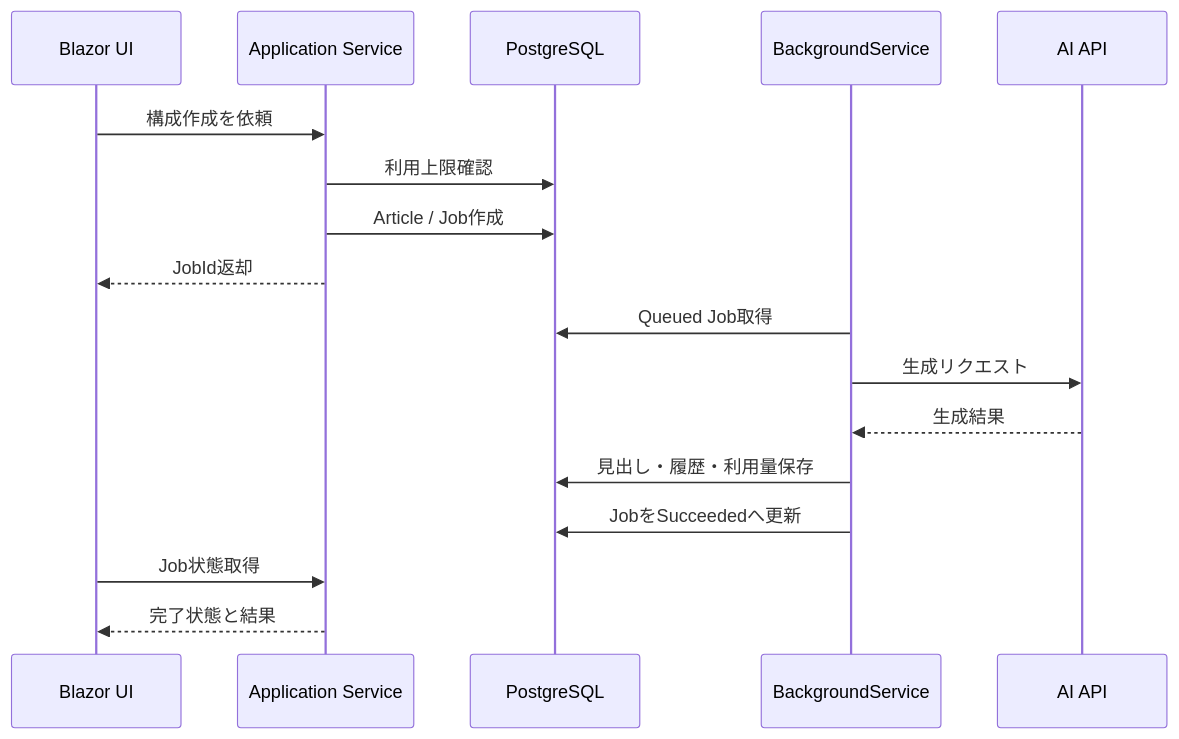
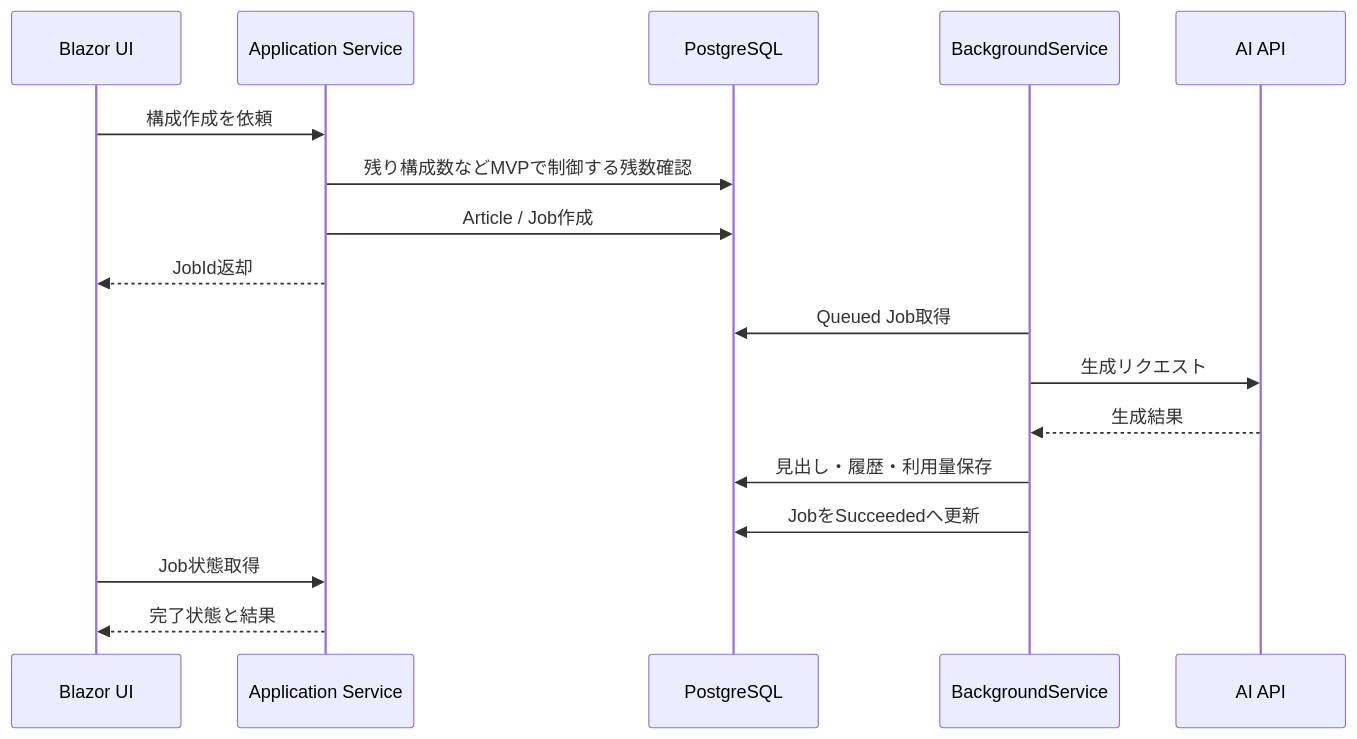
One commit to Cat5Dog2/web-writing-tool changed the second of 2 diagrams in docs/basic-design.md. Above: the diagram before and after it, drawn with Mermaid. The commit also changed other lines of this file and 17 other files, not shown here.

````diff
--- a/docs/basic-design.md
+++ b/docs/basic-design.md
@@ -754,20 +763,20 @@
 ```mermaid
 sequenceDiagram
     participant UI as Blazor UI
     participant App as Application Service
     participant DB as PostgreSQL
     participant Worker as BackgroundService
     participant AI as AI API
 
     UI->>App: 構成作成を依頼
-    App->>DB: 利用上限確認
+    App->>DB: 残り構成数などMVPで制御する残数確認
     App->>DB: Article / Job作成
     App-->>UI: JobId返却
     Worker->>DB: Queued Job取得
     Worker->>AI: 生成リクエスト
     AI-->>Worker: 生成結果
     Worker->>DB: 見出し・履歴・利用量保存
     Worker->>DB: JobをSucceededへ更新
     UI->>App: Job状態取得
     App-->>UI: 完了状態と結果
 ```
````
